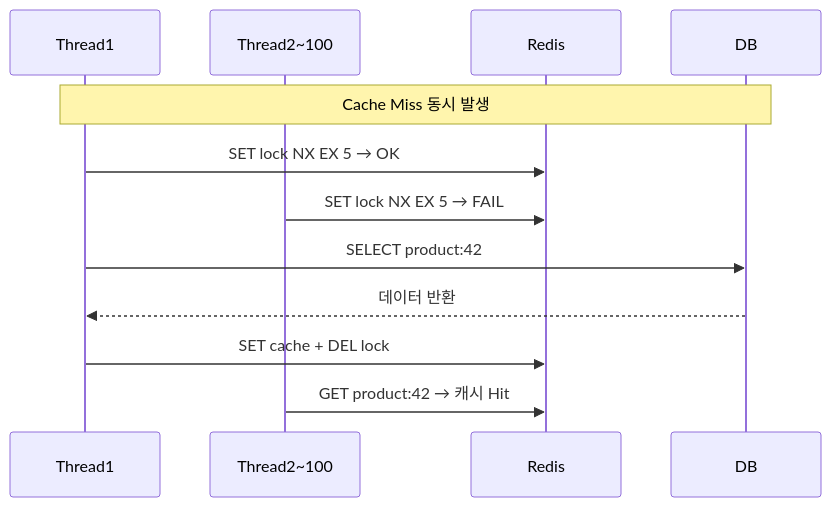
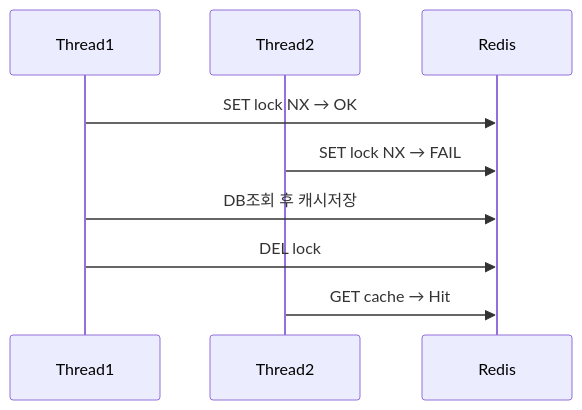
Before and after one commit to yjkim2015/yjkim2015.github.io: the fourth of 8 diagrams in _posts/caching/2026-05-03-cache-invalidation.md, drawn with Mermaid. The commit also changed other lines of this file and 155 other files, not shown here.

First line of the commit message:
Mermaid 전면 수정: subgraph 제거, participant/노드/줄수 축소 (342블록)

````diff
--- a/_posts/caching/2026-05-03-cache-invalidation.md
+++ b/_posts/caching/2026-05-03-cache-invalidation.md
@@ -254,14 +251,11 @@
 ```mermaid
 sequenceDiagram
     participant T1 as Thread1
-    participant T2 as Thread2~100
+    participant T2 as Thread2
     participant R as Redis
-    participant DB as DB
-    Note over T1,DB: Cache Miss 동시 발생
-    T1->>R: SET lock NX EX 5 → OK
-    T2->>R: SET lock NX EX 5 → FAIL
-    T1->>DB: SELECT product:42
-    DB-->>T1: 데이터 반환
-    T1->>R: SET cache + DEL lock
-    T2->>R: GET product:42 → 캐시 Hit
+    T1->>R: SET lock NX → OK
+    T2->>R: SET lock NX → FAIL
+    T1->>R: DB조회 후 캐시저장
+    T1->>R: DEL lock
+    T2->>R: GET cache → Hit
 ```
````
